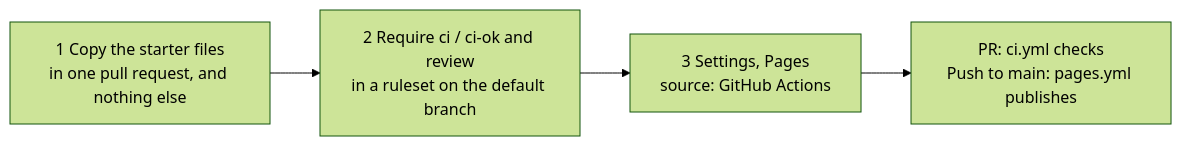
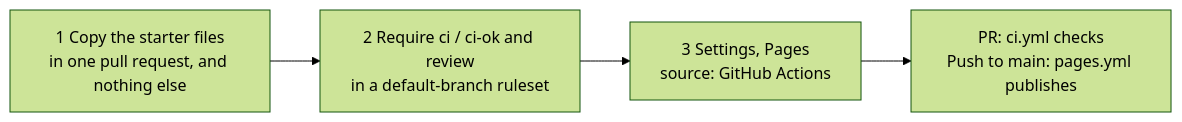
The first of 2 diagrams in templates/ci/README.md (SoulCraft-Org/git-crafter), drawn with Mermaid (forest theme) before and after one commit. The commit also changed 3 other files, not shown here.

````diff
--- a/templates/ci/README.md
+++ b/templates/ci/README.md
@@ -12,6 +12,6 @@
 ```mermaid
 flowchart LR
-  C["1 Copy the starter files<br/>in one pull request, and nothing else"] --> R["2 Require ci / ci-ok and review<br/>in a ruleset on the default branch"]
+  C["1 Copy the starter files<br/>in one pull request, and nothing else"] --> R["2 Require ci / ci-ok and review<br/>in a default-branch ruleset"]
   R --> G["3 Settings, Pages<br/>source: GitHub Actions"]
   G --> P[PR: ci.yml checks<br/>Push to main: pages.yml publishes]
 ```
````
